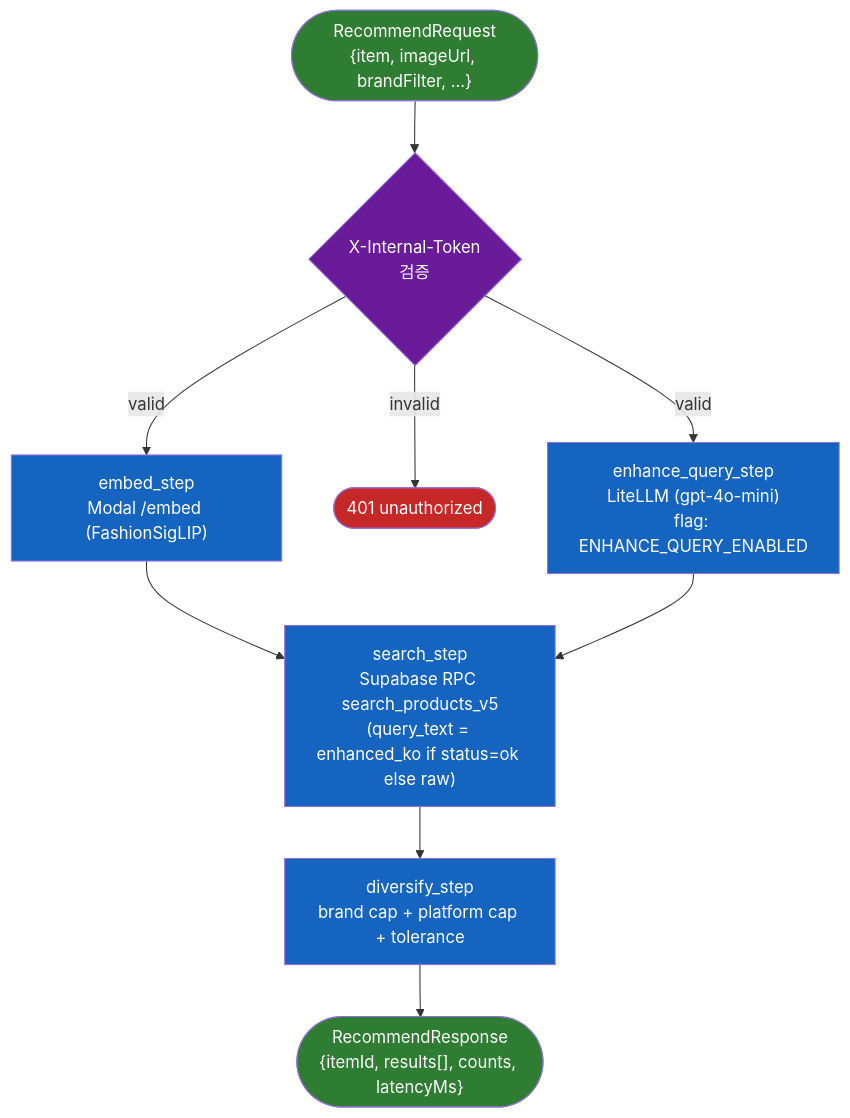
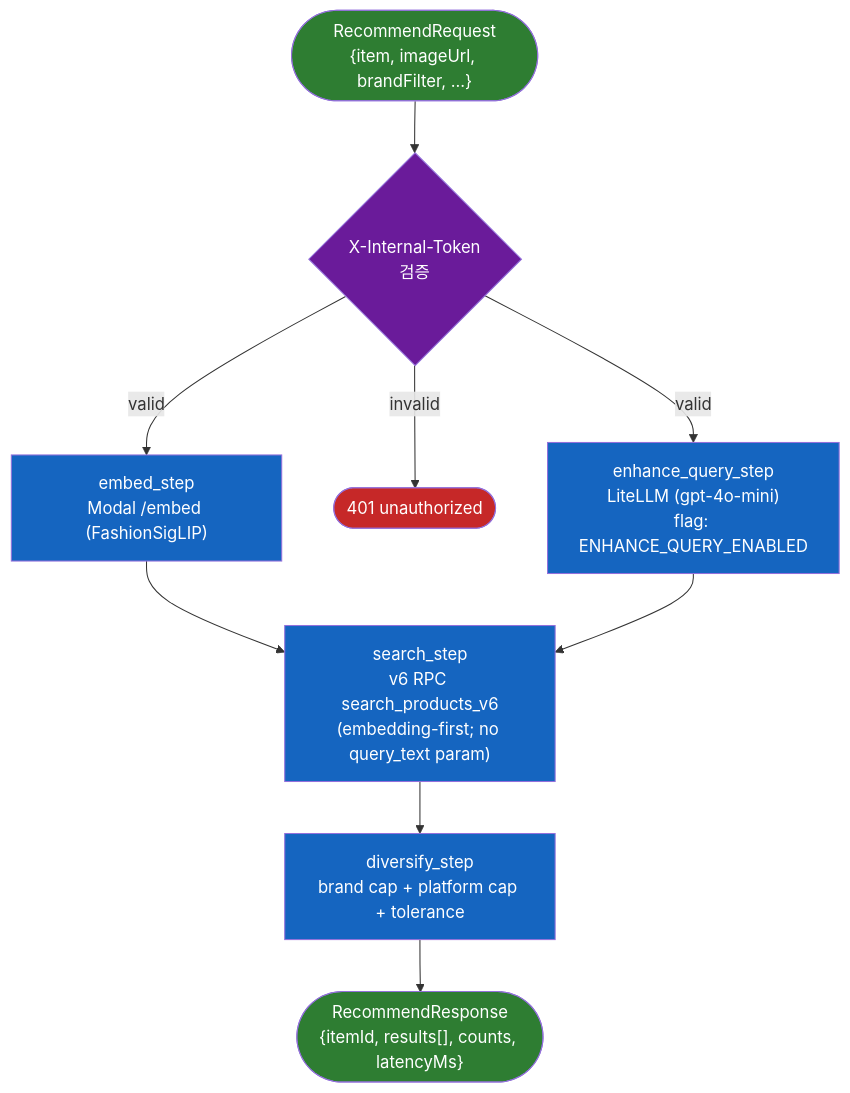
Before and after one commit to endurance-ai/ai-server: the diagram in docs/features/pipeline.md, drawn with Mermaid. The commit also changed other lines of this file and 28 other files, not shown here.

First line of the commit message:
feat(search-v6): search_products_v5 → v6 마이그레이션 + 캐노니컬 family 정규화

````diff
--- a/docs/features/pipeline.md
+++ b/docs/features/pipeline.md
@@ -9,29 +9,29 @@
 ```mermaid
 flowchart TD
     REQ(["RecommendRequest<br/>{item, imageUrl, brandFilter, ...}"])
     REQ --> AUTH{X-Internal-Token<br/>검증}
     AUTH -->|valid| EMBED
     AUTH -->|invalid| E401([401 unauthorized])
 
     EMBED["embed_step<br/>Modal /embed (FashionSigLIP)"]
     ENHANCE["enhance_query_step<br/>LiteLLM (gpt-4o-mini)<br/>flag: ENHANCE_QUERY_ENABLED"]
     AUTH -->|valid| ENHANCE
     EMBED --> SEARCH
     ENHANCE --> SEARCH
 
-    SEARCH["search_step<br/>Supabase RPC search_products_v5<br/>(query_text = enhanced_ko if status=ok else raw)"]
+    SEARCH["search_step<br/>v6 RPC search_products_v6<br/>(embedding-first; no query_text param)"]
     SEARCH --> DIVERSIFY
 
     DIVERSIFY["diversify_step<br/>brand cap + platform cap + tolerance"]
     DIVERSIFY --> RES(["RecommendResponse<br/>{itemId, results[], counts, latencyMs}"])
 
     classDef step fill:#1565c0,color:#fff
     classDef data fill:#2e7d32,color:#fff
     classDef ext fill:#6a1b9a,color:#fff
     classDef err fill:#c62828,color:#fff
 
     class EMBED,ENHANCE,SEARCH,DIVERSIFY step
     class REQ,RES data
     class AUTH ext
     class E401 err
 ```
````
